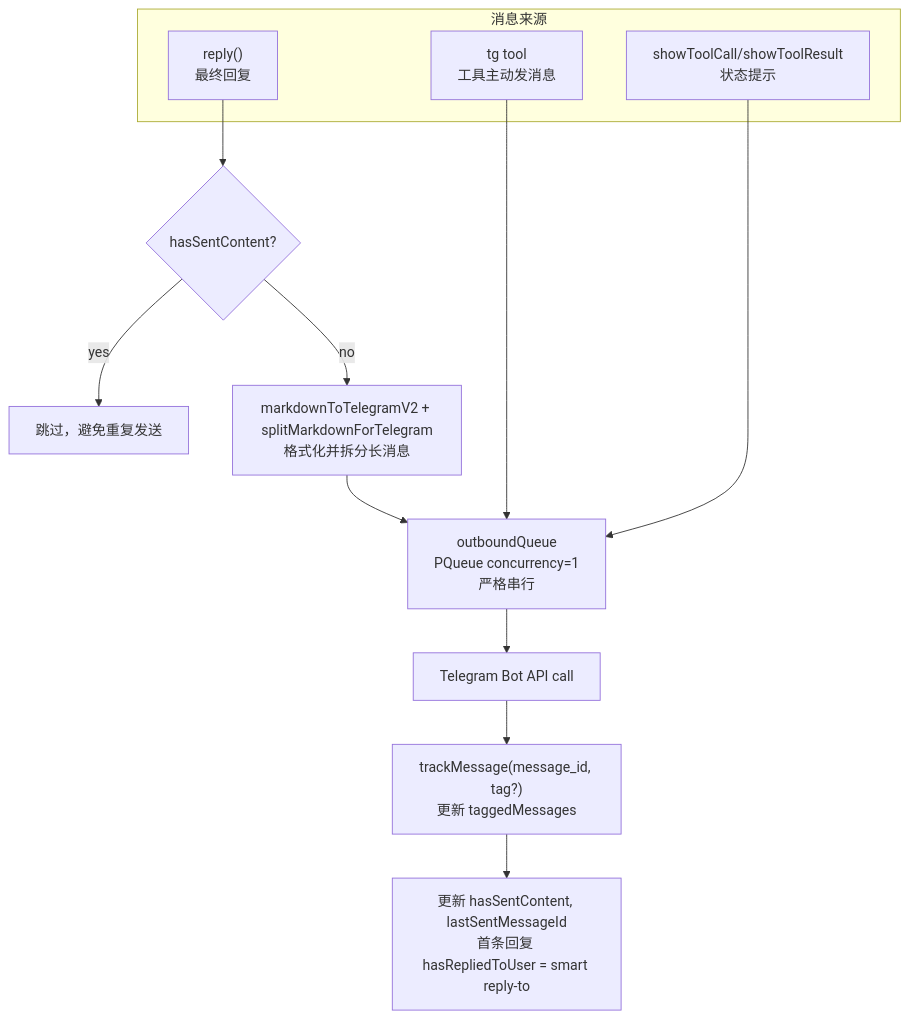
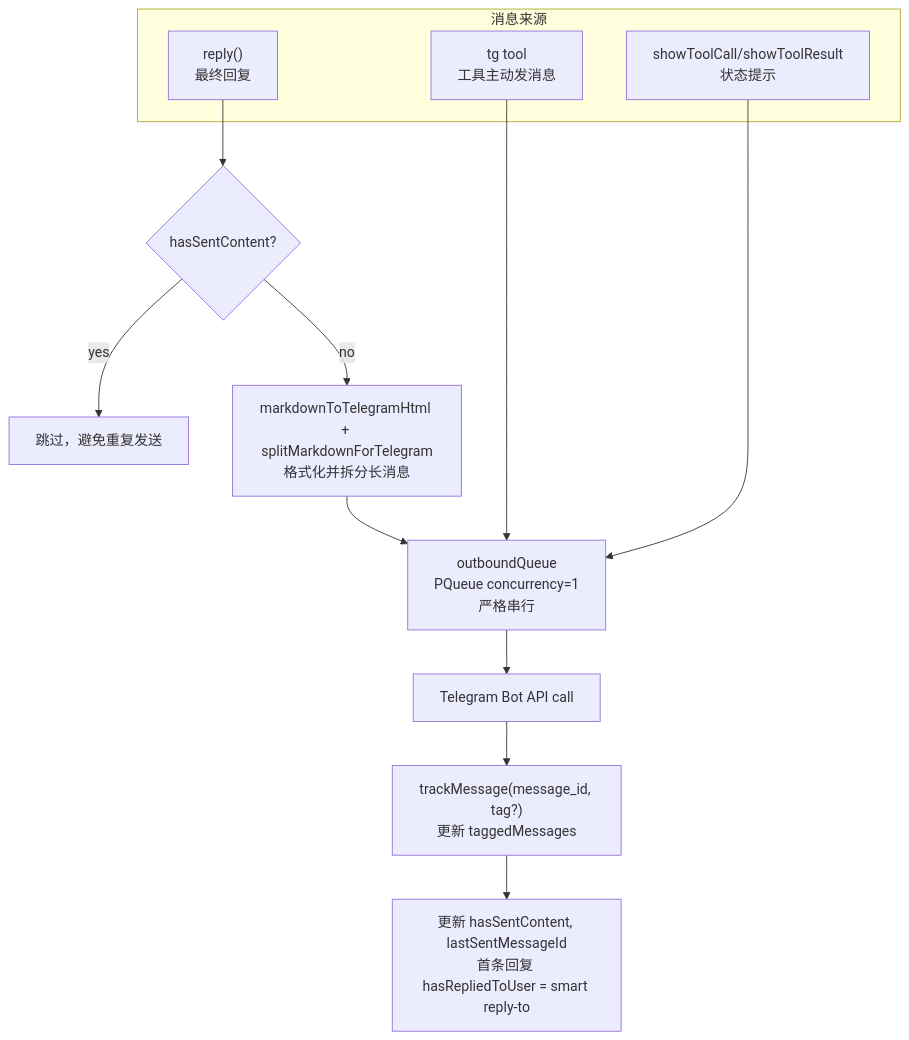
Before and after one commit to boltguo/anya: the eighth of 13 diagrams in docs/architecture-diagrams.md, drawn with Mermaid. The commit also changed 19 other files, not shown here.

Commit message:
refactor: replace MarkdownV2 conversion with HTML parsing for telegram messages and clean up legacy logic

````diff
--- a/docs/architecture-diagrams.md
+++ b/docs/architecture-diagrams.md
@@ -289,20 +289,20 @@
 ```mermaid
 flowchart TD
   subgraph Sources["消息来源"]
     FINAL["reply()\n最终回复"]
     TGTOOL["tg tool\n工具主动发消息"]
     STATUS["showToolCall/showToolResult\n状态提示"]
   end
 
   FINAL --> CHECK{"hasSentContent?"}
   CHECK -->|yes| SKIP["跳过，避免重复发送"]
-  CHECK -->|no| FORMAT["markdownToTelegramV2 + splitMarkdownForTelegram\n格式化并拆分长消息"]
+  CHECK -->|no| FORMAT["markdownToTelegramHtml + splitMarkdownForTelegram\n格式化并拆分长消息"]
   FORMAT --> QUEUE
 
   TGTOOL --> QUEUE["outboundQueue\nPQueue concurrency=1\n严格串行"]
   STATUS --> QUEUE
 
   QUEUE --> SEND["Telegram Bot API call"]
   SEND --> TRACK["trackMessage(message_id, tag?)\n更新 taggedMessages"]
   TRACK --> STATE["更新 hasSentContent, lastSentMessageId\n首条回复 hasRepliedToUser = smart reply-to"]
 ```
````
